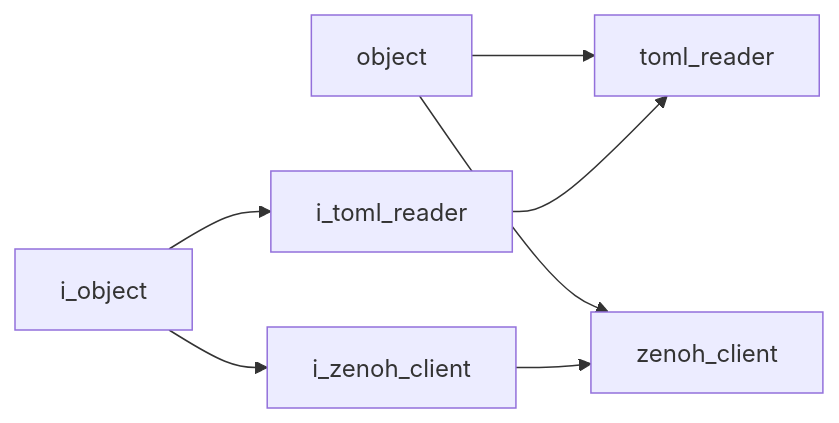
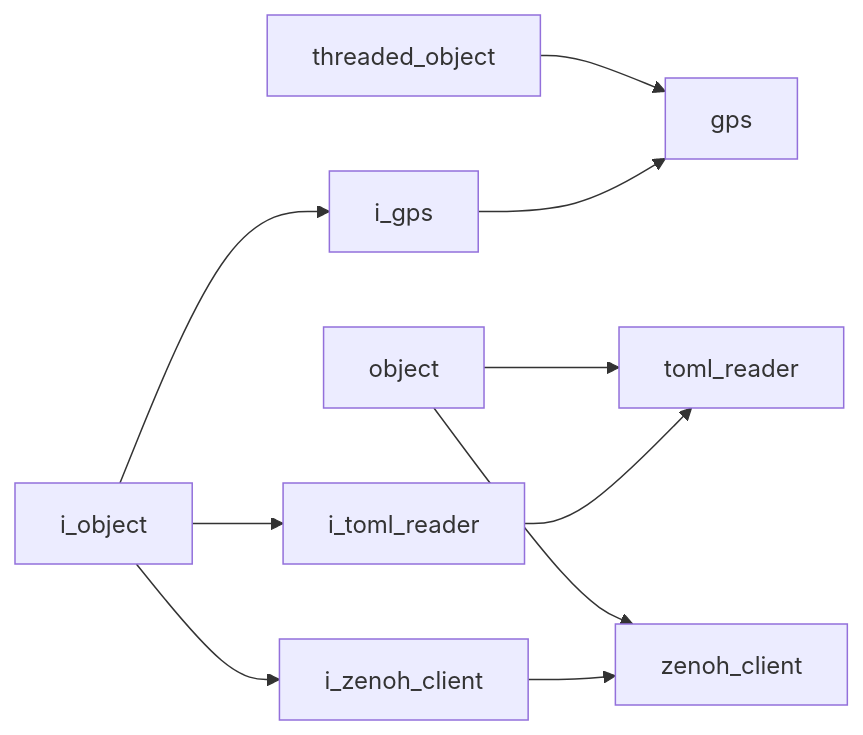
The diagram in docs/codebase/namespaces/utility/index.md (kasper-szczerba/acs_wiki), drawn with Mermaid before and after one commit. The commit also changed other lines of this file and 12 other files, not shown here.

````diff
--- a/docs/codebase/namespaces/utility/index.md
+++ b/docs/codebase/namespaces/utility/index.md
@@ -21,15 +23,21 @@
 ```mermaid
 graph LR
     C__DEV_vs_projects_acs_wiki_docs_codebase_namespaces_core_implementations_object["object"]
+    C__DEV_vs_projects_acs_wiki_docs_codebase_namespaces_core_implementations_threaded_object["threaded_object"]
     C__DEV_vs_projects_acs_wiki_docs_codebase_namespaces_core_interfaces_i_object["i_object"]
+    C__DEV_vs_projects_acs_wiki_docs_codebase_namespaces_utility_implementations_gps["gps"]
     C__DEV_vs_projects_acs_wiki_docs_codebase_namespaces_utility_implementations_toml_reader["toml_reader"]
     C__DEV_vs_projects_acs_wiki_docs_codebase_namespaces_utility_implementations_zenoh_client["zenoh_client"]
+    C__DEV_vs_projects_acs_wiki_docs_codebase_namespaces_utility_interfaces_i_gps["i_gps"]
     C__DEV_vs_projects_acs_wiki_docs_codebase_namespaces_utility_interfaces_i_toml_reader["i_toml_reader"]
     C__DEV_vs_projects_acs_wiki_docs_codebase_namespaces_utility_interfaces_i_zenoh_client["i_zenoh_client"]
     C__DEV_vs_projects_acs_wiki_docs_codebase_namespaces_core_implementations_object --> C__DEV_vs_projects_acs_wiki_docs_codebase_namespaces_utility_implementations_toml_reader
     C__DEV_vs_projects_acs_wiki_docs_codebase_namespaces_core_implementations_object --> C__DEV_vs_projects_acs_wiki_docs_codebase_namespaces_utility_implementations_zenoh_client
+    C__DEV_vs_projects_acs_wiki_docs_codebase_namespaces_core_implementations_threaded_object --> C__DEV_vs_projects_acs_wiki_docs_codebase_namespaces_utility_implementations_gps
+    C__DEV_vs_projects_acs_wiki_docs_codebase_namespaces_core_interfaces_i_object --> C__DEV_vs_projects_acs_wiki_docs_codebase_namespaces_utility_interfaces_i_gps
     C__DEV_vs_projects_acs_wiki_docs_codebase_namespaces_core_interfaces_i_object --> C__DEV_vs_projects_acs_wiki_docs_codebase_namespaces_utility_interfaces_i_toml_reader
     C__DEV_vs_projects_acs_wiki_docs_codebase_namespaces_core_interfaces_i_object --> C__DEV_vs_projects_acs_wiki_docs_codebase_namespaces_utility_interfaces_i_zenoh_client
+    C__DEV_vs_projects_acs_wiki_docs_codebase_namespaces_utility_interfaces_i_gps --> C__DEV_vs_projects_acs_wiki_docs_codebase_namespaces_utility_implementations_gps
     C__DEV_vs_projects_acs_wiki_docs_codebase_namespaces_utility_interfaces_i_toml_reader --> C__DEV_vs_projects_acs_wiki_docs_codebase_namespaces_utility_implementations_toml_reader
     C__DEV_vs_projects_acs_wiki_docs_codebase_namespaces_utility_interfaces_i_zenoh_client --> C__DEV_vs_projects_acs_wiki_docs_codebase_namespaces_utility_implementations_zenoh_client
 ```
````
